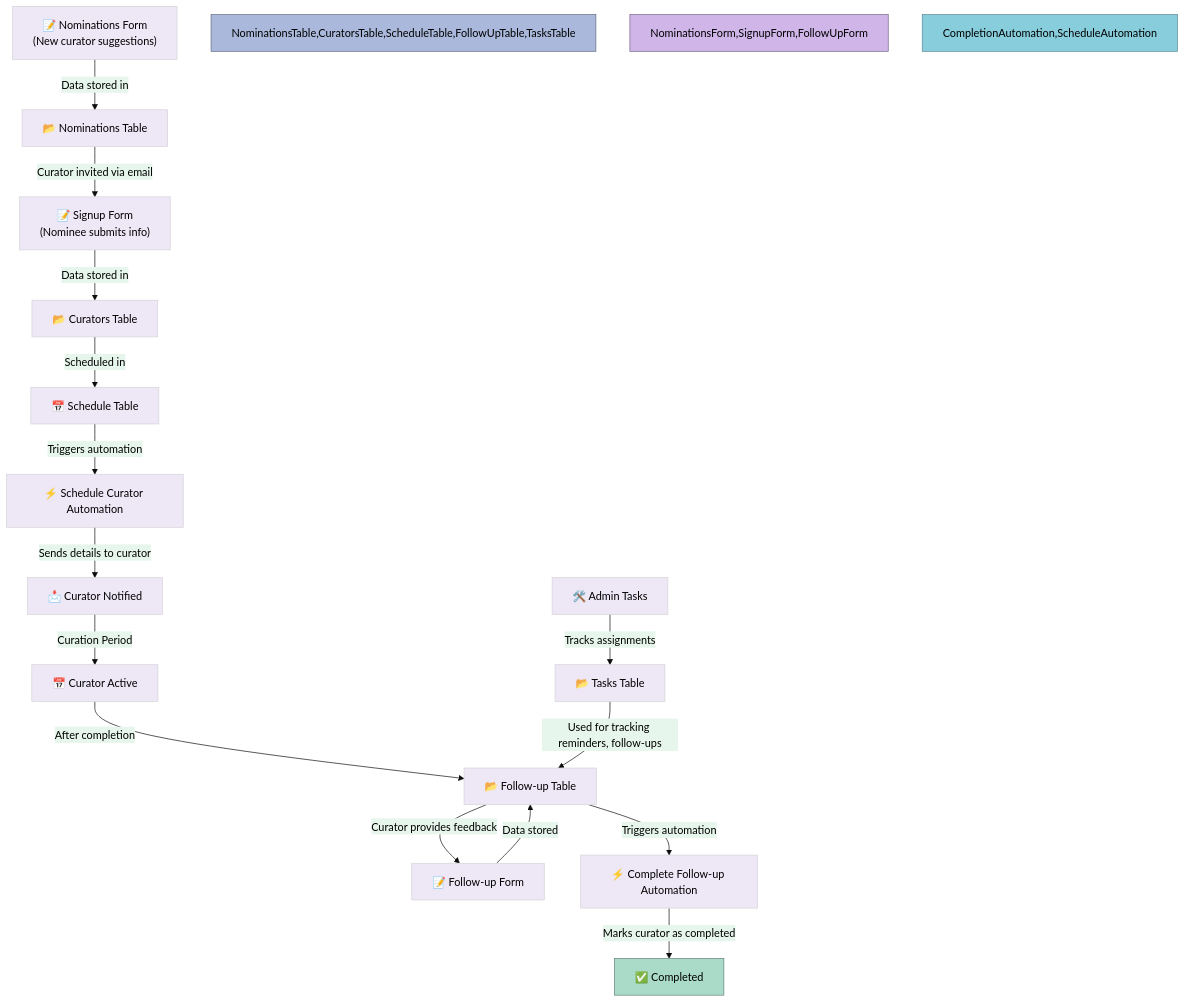
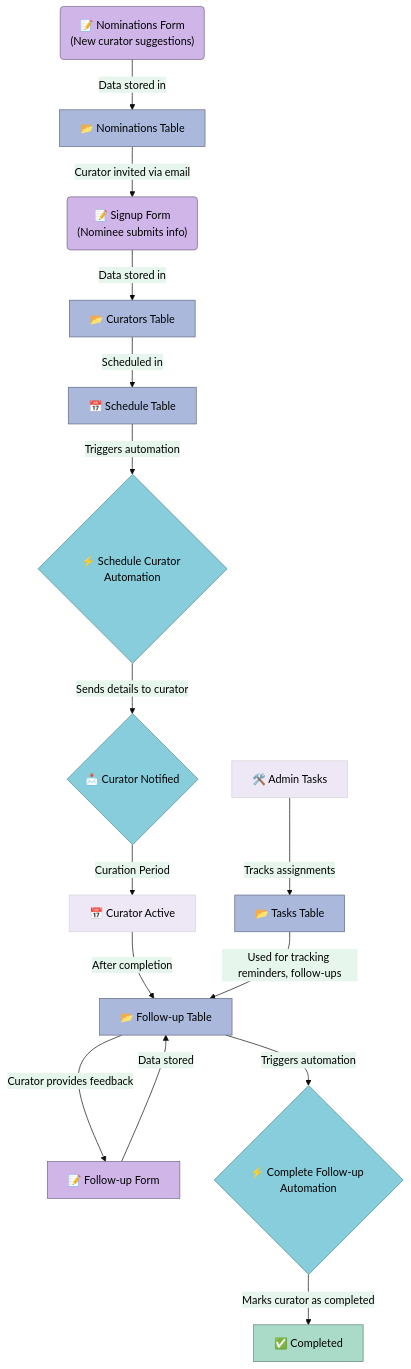
One commit to rladies/rladiesguide changed the first of 2 diagrams in content/rocur/admin guide/index.en.md. Above: the diagram before and after it, drawn with Mermaid.

Commit message:
change look of mermaid

```diff
--- a/content/rocur/admin guide/index.en.md
+++ b/content/rocur/admin guide/index.en.md
@@ -438,30 +438,42 @@
 {{<mermaid align="left">}}
 
 %%{init: {'theme': 'base','themeVariables': {'primaryColor': '#EDE7F6','tertiaryColor': '#F3E5F5','primaryTextColor': '#000000'}}}%%
 
 graph TD;
-  NominationsForm["📝 Nominations Form\n(New curator suggestions)"] -->|Data stored in| NominationsTable["📂 Nominations Table"];
-  NominationsTable -->|Curator invited via email| SignupForm["📝 Signup Form\n(Nominee submits info)"];
+  NominationsForm("📝 Nominations Form\n(New curator suggestions)") -->|Data stored in| NominationsTable["📂 Nominations Table"];
+  NominationsTable -->|Curator invited via email| SignupForm("📝 Signup Form\n(Nominee submits info)");
   SignupForm -->|Data stored in| CuratorsTable["📂 Curators Table"];
   
   CuratorsTable -->|Scheduled in| ScheduleTable["📅 Schedule Table"];
-  ScheduleTable -->|Triggers automation| ScheduleAutomation["⚡ Schedule Curator Automation"];
-  ScheduleAutomation -->|Sends details to curator| CuratorNotified["📩 Curator Notified"];
+  ScheduleTable -->|Triggers automation| ScheduleAutomation{"⚡ Schedule Curator Automation"};
+  ScheduleAutomation -->|Sends details to curator| CuratorNotified{"📩 Curator Notified"};
 
   CuratorNotified -->|Curation Period| CurationWeek["📅 Curator Active"];
   CurationWeek -->|After completion| FollowUpTable["📂 Follow-up Table"];
   FollowUpTable -->|Curator provides feedback| FollowUpForm["📝 Follow-up Form"];
   
   FollowUpForm -->|Data stored| FollowUpTable;
-  FollowUpTable -->|Triggers automation| CompletionAutomation["⚡ Complete Follow-up Automation"];
+  FollowUpTable -->|Triggers automation| CompletionAutomation{"⚡ Complete Follow-up Automation"};
   CompletionAutomation -->|Marks curator as completed| CompletedCurators["✅ Completed"];
   
   AdminTasks["🛠️ Admin Tasks"] -->|Tracks assignments| TasksTable["📂 Tasks Table"];
   TasksTable -->|Used for tracking reminders, follow-ups| FollowUpTable;
 
-style NominationsTable,CuratorsTable,ScheduleTable,FollowUpTable,TasksTable fill:#a9b8db,stroke:#616a80;
-style NominationsForm,SignupForm,FollowUpForm fill:#cfb5e8,stroke:#736382;
-style CompletionAutomation,ScheduleAutomation fill:#88cddb,stroke:#578891;
+style NominationsTable fill:#a9b8db,stroke:#616a80;
+style CuratorsTable fill:#a9b8db,stroke:#616a80;
+style ScheduleTable fill:#a9b8db,stroke:#616a80;
+style FollowUpTable fill:#a9b8db,stroke:#616a80;
+style TasksTable fill:#a9b8db,stroke:#616a80;
+
+style NominationsForm fill:#cfb5e8,stroke:#736382;
+style SignupForm fill:#cfb5e8,stroke:#736382;
+style FollowUpForm fill:#cfb5e8,stroke:#736382;
+
+style CompletionAutomation fill:#88cddb,stroke:#578891;
+style ScheduleAutomation fill:#88cddb,stroke:#578891;
+style CuratorNotified fill:#88cddb,stroke:#578891;
+
+
 style CompletedCurators fill:#a9dbc8,stroke:#638276;
 
 {{< /mermaid >}}
```
